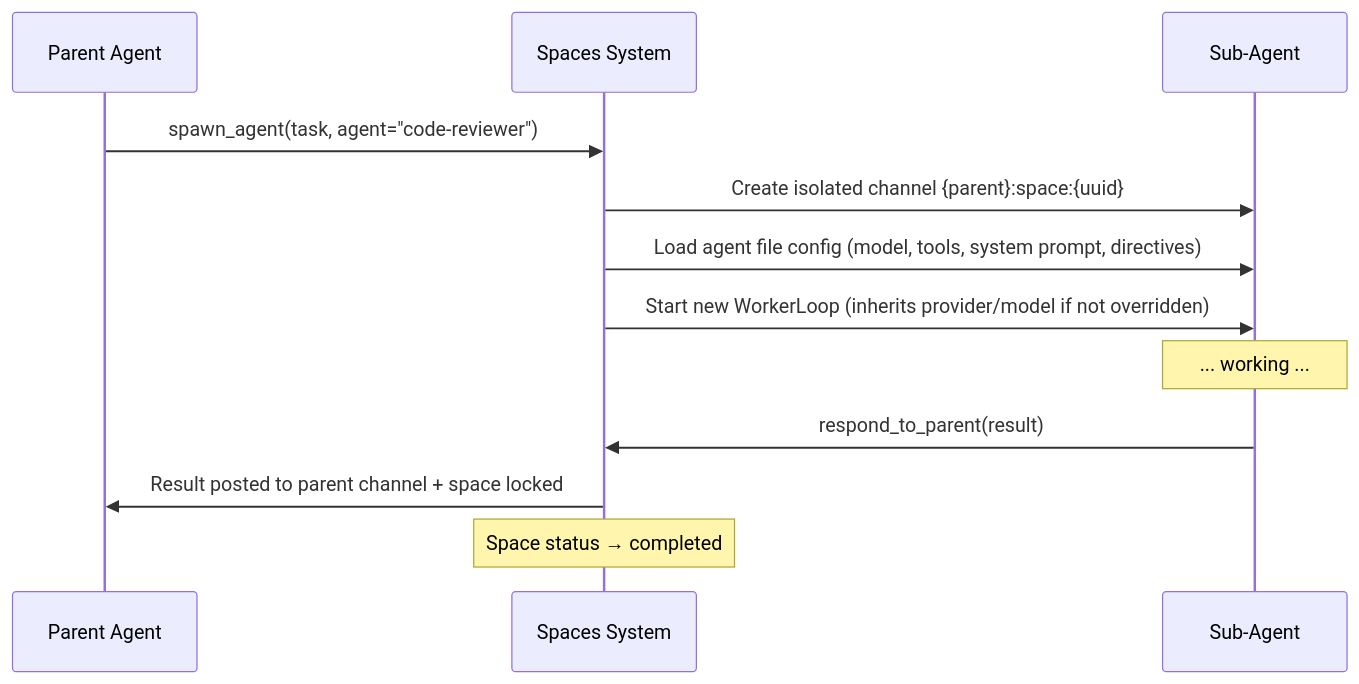
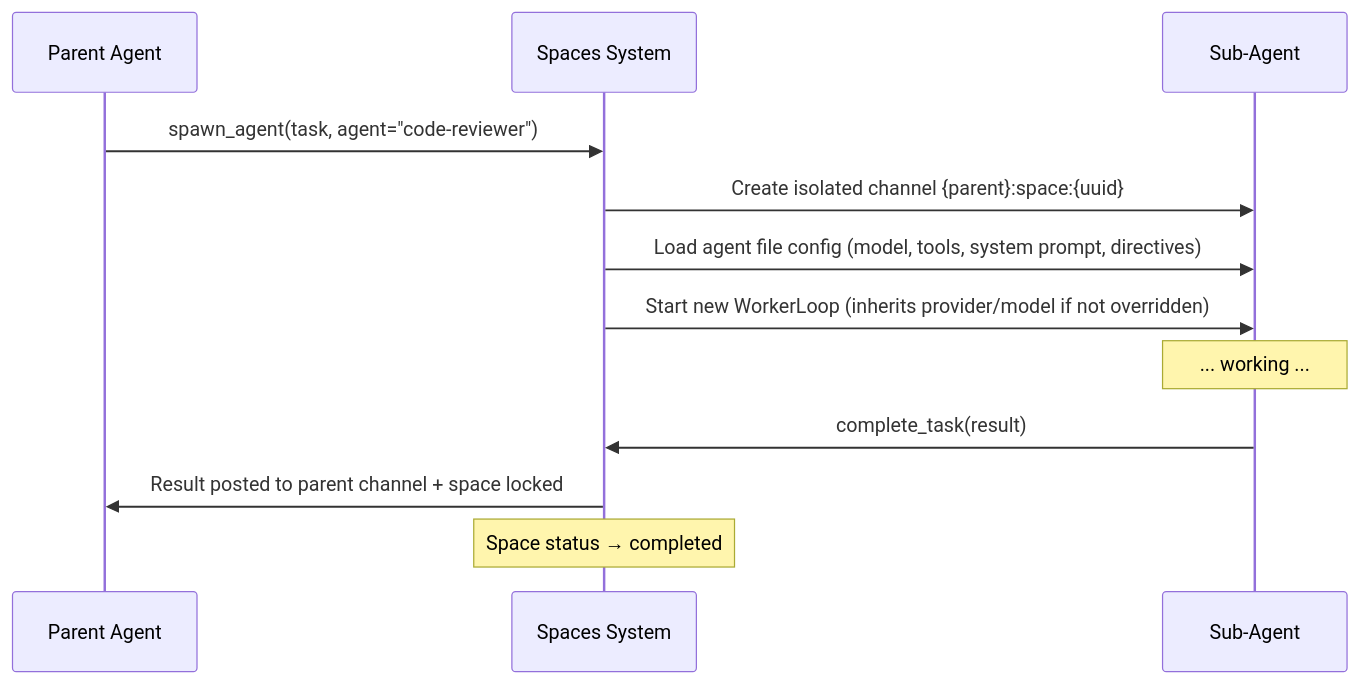
One commit to Tuanm/clawd changed the sixth of 8 diagrams in docs/architecture.md. Above: the diagram before and after it, drawn with Mermaid. The commit also changed other lines of this file and 8 other files, not shown here.

First line of the commit message:
refactor: rename respond_to_parent to complete_task + remove get_space_info

````diff
--- a/docs/architecture.md
+++ b/docs/architecture.md
@@ -836,15 +836,15 @@
 ```mermaid
 sequenceDiagram
     participant PA as Parent Agent
     participant SS as Spaces System
     participant SA as Sub-Agent
 
     PA->>SS: spawn_agent(task, agent="code-reviewer")
     SS->>SA: Create isolated channel {parent}:space:{uuid}
     SS->>SA: Load agent file config (model, tools, system prompt, directives)
     SS->>SA: Start new WorkerLoop (inherits provider/model if not overridden)
     Note over SA: ... working ...
-    SA->>SS: respond_to_parent(result)
+    SA->>SS: complete_task(result)
     SS->>PA: Result posted to parent channel + space locked
     Note over SS: Space status → completed
 ```
````
